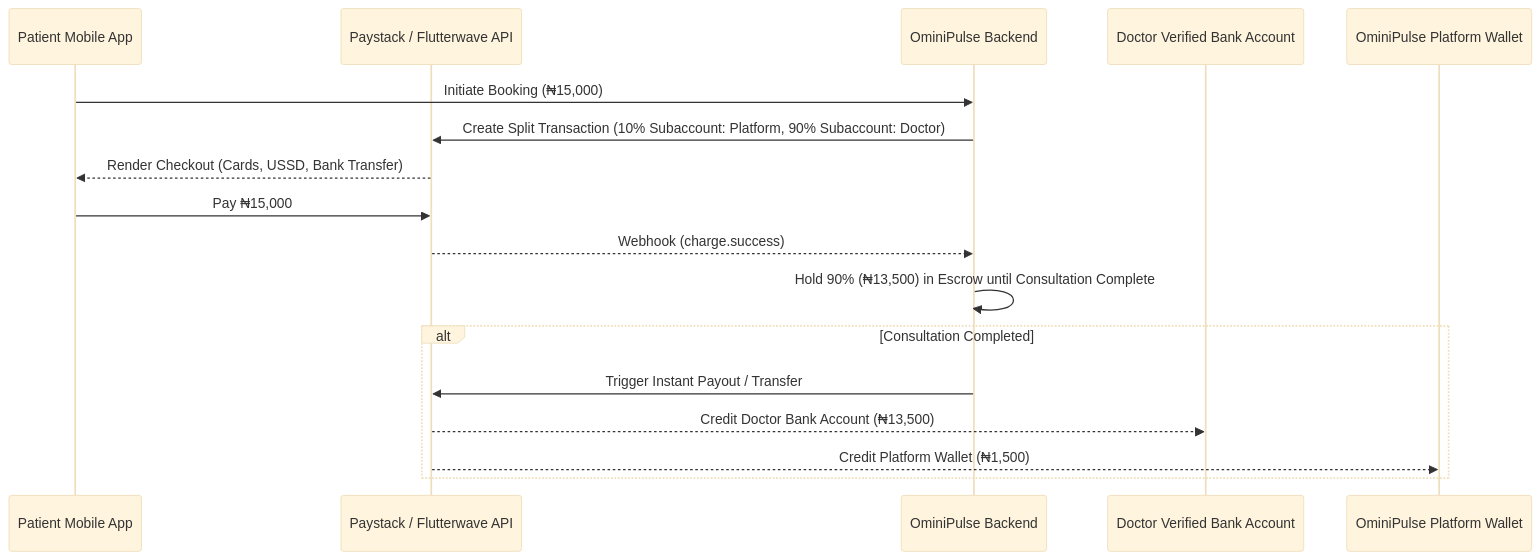
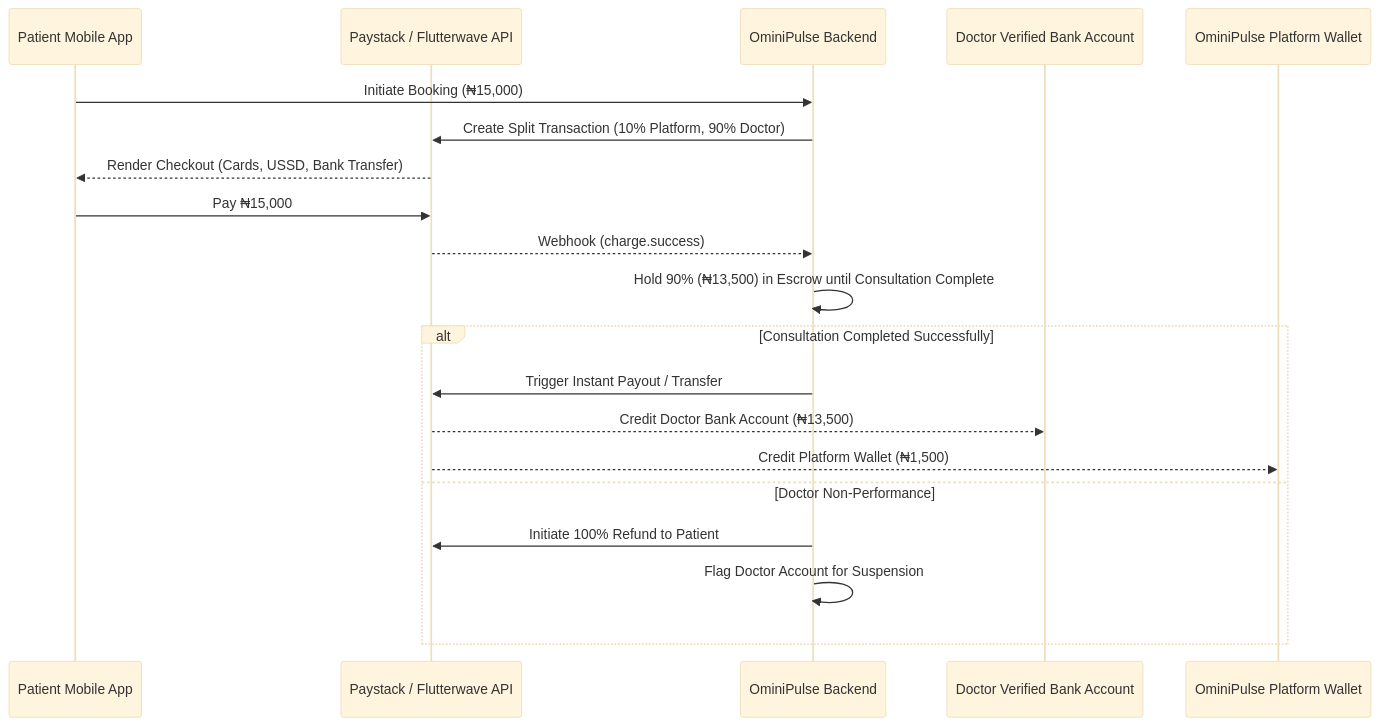
Before and after one commit to FBB1032/OminiPlus: the second of 3 diagrams in NEXT_STAGES_ROADMAP_AND_ARCHITECTURE.md, drawn with Mermaid (base theme). The commit also changed other lines of this file and 75 other files, not shown here.

Commit message:
feat: initialize multi-platform application architecture including patient mobile screens and admin dashboard portal

````diff
--- a/NEXT_STAGES_ROADMAP_AND_ARCHITECTURE.md
+++ b/NEXT_STAGES_ROADMAP_AND_ARCHITECTURE.md
@@ -127,20 +179,23 @@
 ```mermaid
 sequenceDiagram
     participant P as Patient Mobile App
     participant PG as Paystack / Flutterwave API
     participant API as OminiPulse Backend
     participant D as Doctor Verified Bank Account
     participant W as OminiPulse Platform Wallet
 
     P->>API: Initiate Booking (₦15,000)
-    API->>PG: Create Split Transaction (10% Subaccount: Platform, 90% Subaccount: Doctor)
+    API->>PG: Create Split Transaction (10% Platform, 90% Doctor)
     PG-->>P: Render Checkout (Cards, USSD, Bank Transfer)
     P->>PG: Pay ₦15,000
     PG-->>API: Webhook (charge.success)
     API->>API: Hold 90% (₦13,500) in Escrow until Consultation Complete
-    alt Consultation Completed
+    alt Consultation Completed Successfully
         API->>PG: Trigger Instant Payout / Transfer
         PG-->>D: Credit Doctor Bank Account (₦13,500)
         PG-->>W: Credit Platform Wallet (₦1,500)
+    else Doctor Non-Performance
+        API->>PG: Initiate 100% Refund to Patient
+        API->>API: Flag Doctor Account for Suspension
     end
 ```
````
